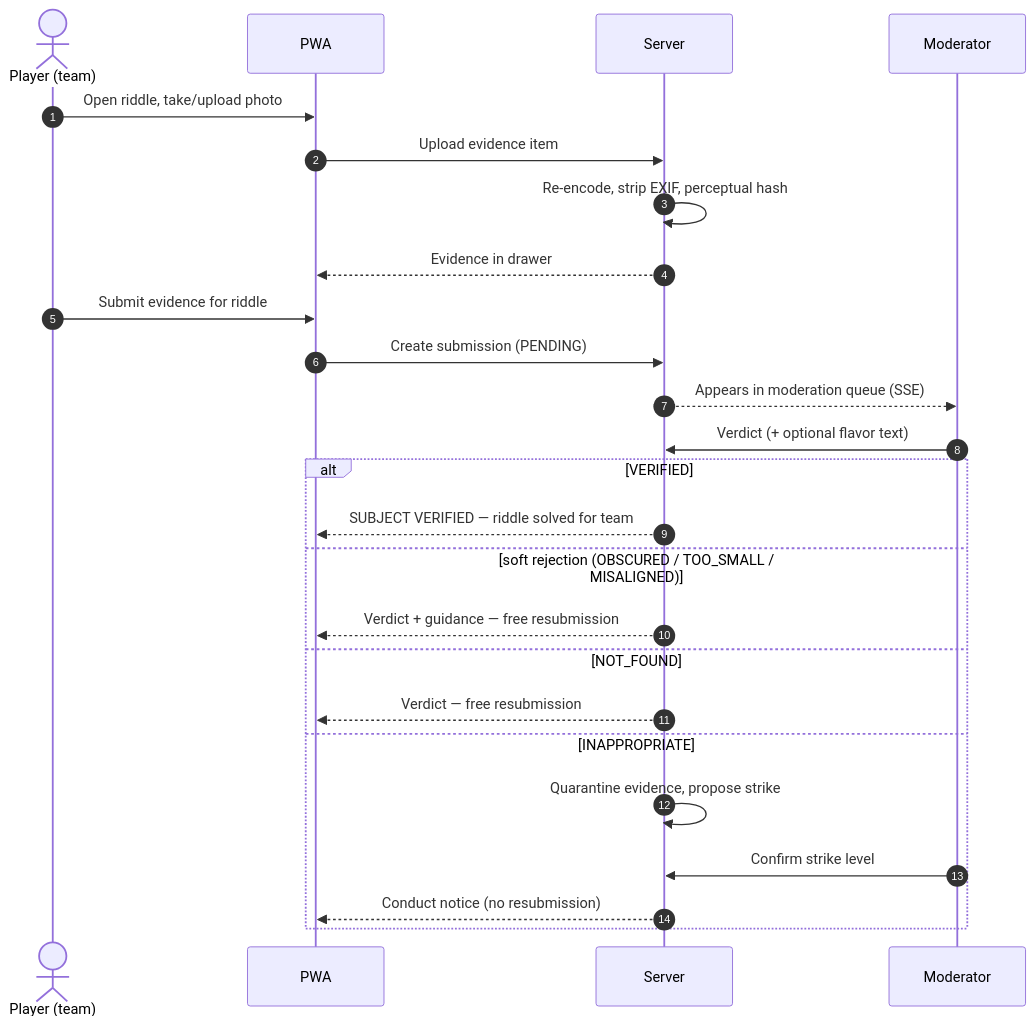
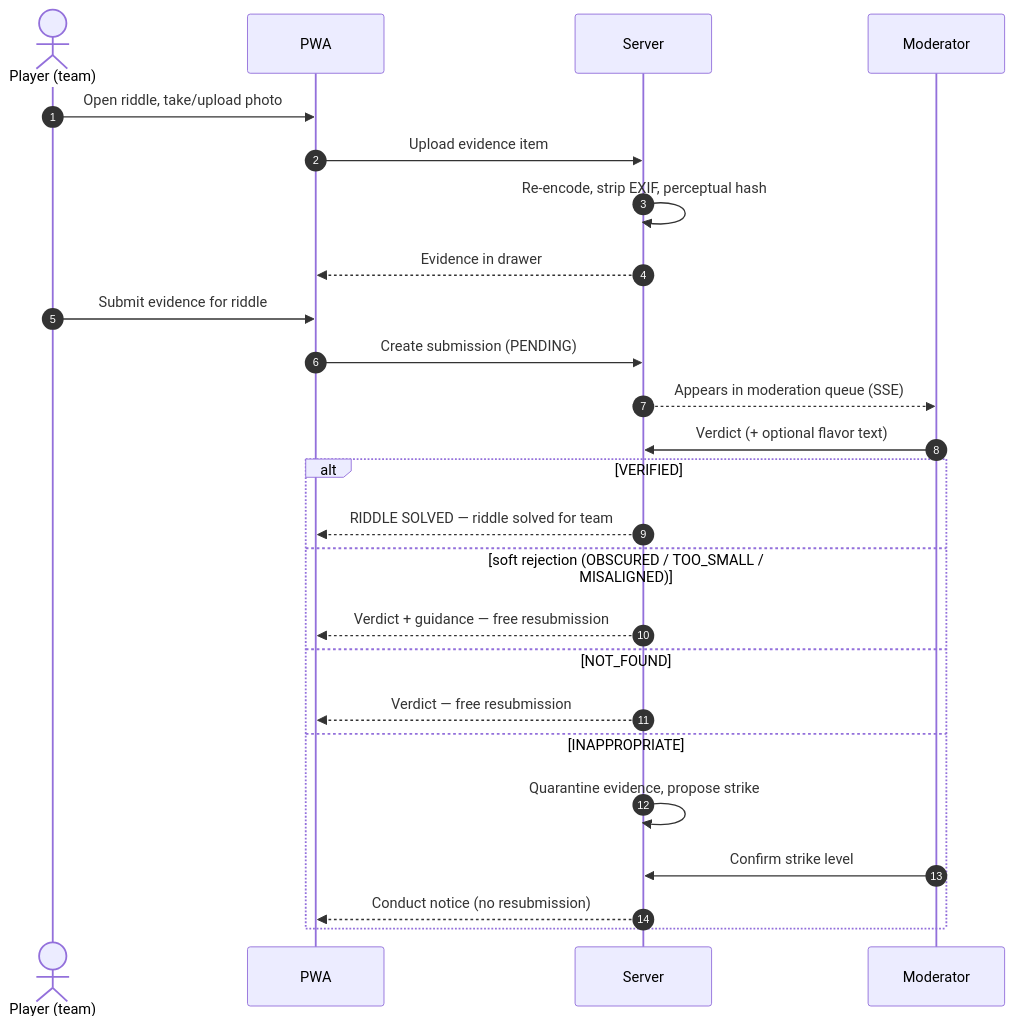
The first of 5 diagrams in docs/design.md (warricksothr/halloween-photo-scavenger-hunt), drawn with Mermaid before and after one commit. The commit also changed other lines of this file and 7 other files, not shown here.

First line of the commit message:
Apply review feedback: RIDDLE SOLVED verdict copy, per-game team size limit

````diff
--- a/docs/design.md
+++ b/docs/design.md
@@ -130,28 +130,28 @@
 ```mermaid
 sequenceDiagram
     autonumber
     actor P as Player (team)
     participant A as PWA
     participant S as Server
     participant M as Moderator
 
     P->>A: Open riddle, take/upload photo
     A->>S: Upload evidence item
     S->>S: Re-encode, strip EXIF, perceptual hash
     S-->>A: Evidence in drawer
     P->>A: Submit evidence for riddle
     A->>S: Create submission (PENDING)
     S-->>M: Appears in moderation queue (SSE)
     M->>S: Verdict (+ optional flavor text)
     alt VERIFIED
-        S-->>A: SUBJECT VERIFIED — riddle solved for team
+        S-->>A: RIDDLE SOLVED — riddle solved for team
     else soft rejection (OBSCURED / TOO_SMALL / MISALIGNED)
         S-->>A: Verdict + guidance — free resubmission
     else NOT_FOUND
         S-->>A: Verdict — free resubmission
     else INAPPROPRIATE
         S->>S: Quarantine evidence, propose strike
         M->>S: Confirm strike level
         S-->>A: Conduct notice (no resubmission)
     end
 ```
````
